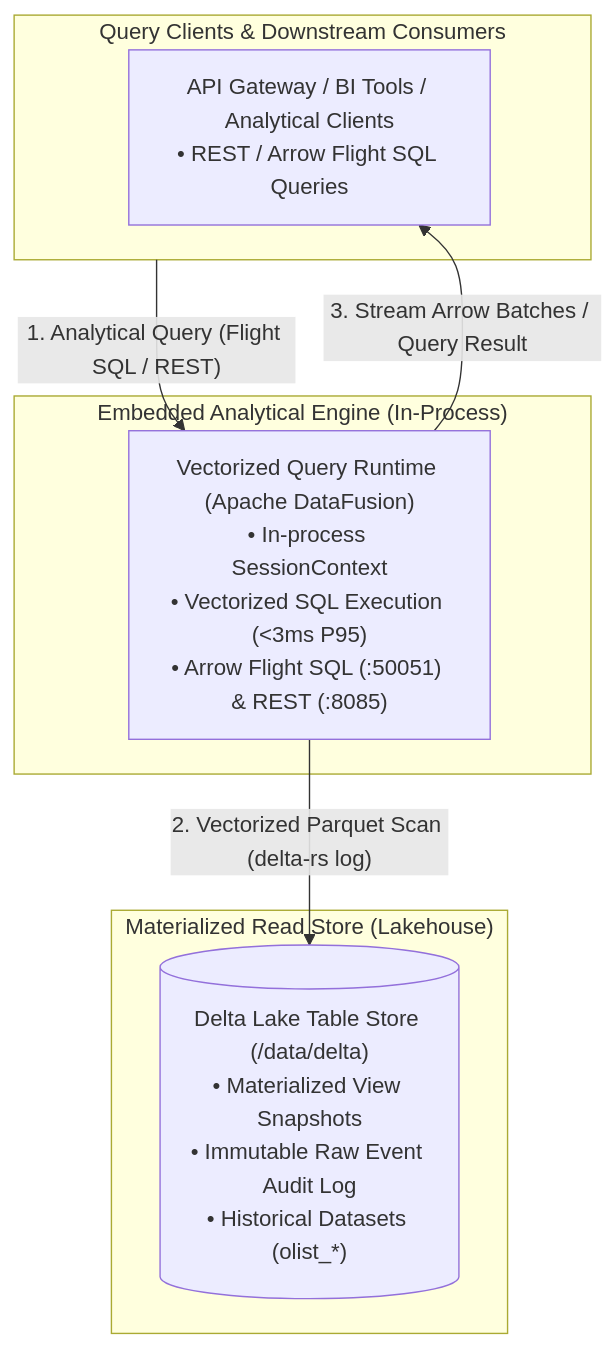
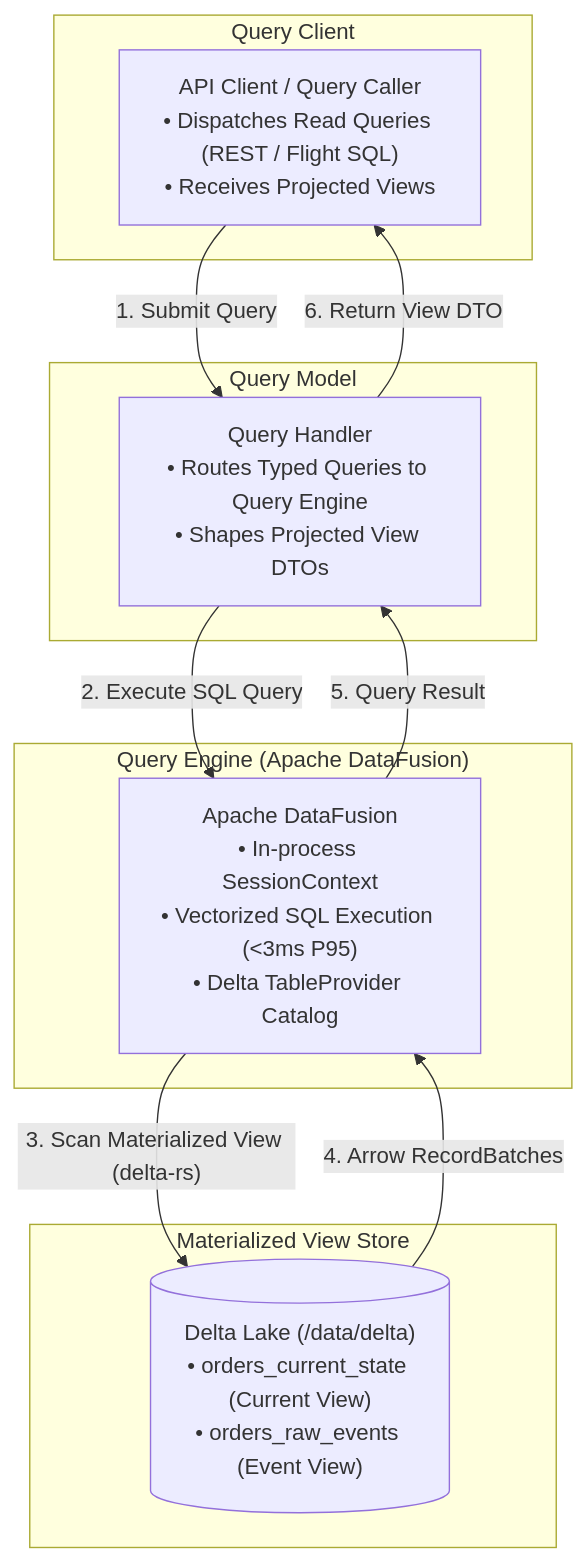
One commit to reidlai/ferrous-cqrses changed the second of 3 diagrams in README.md. Above: the diagram before and after it, drawn with Mermaid. The commit also changed other lines of this file and 4 other files, not shown here.

Commit message:
feat(epic-19): add canonical CQRS Query contracts and align Query Model docs

````diff
--- a/README.md
+++ b/README.md
@@ -129,18 +127,25 @@
 ```mermaid
 flowchart TD
-    subgraph Client_Read ["Query Clients & Downstream Consumers"]
-        ClientApp["API Gateway / BI Tools / Analytical Clients<br/>• REST / Arrow Flight SQL Queries"]
+    subgraph Client_Read ["Query Client"]
+        ClientApp["API Client / Query Caller<br/>• Dispatches Read Queries (REST / Flight SQL)<br/>• Receives Projected Views"]
     end
 
-    subgraph Query_Engine_Tier ["Embedded Analytical Engine (In-Process)"]
-        DataFusion["Vectorized Query Runtime (Apache DataFusion)<br/>• In-process SessionContext<br/>• Vectorized SQL Execution (<3ms P95)<br/>• Arrow Flight SQL (:50051) & REST (:8085)"]
+    subgraph Query_Tier ["Query Model"]
+        QueryHandler["Query Handler<br/>• Routes Typed Queries to Query Engine<br/>• Shapes Projected View DTOs"]
     end
 
-    subgraph Storage_Tier ["Materialized Read Store (Lakehouse)"]
-        DeltaLake[("Delta Lake Table Store (/data/delta)<br/>• Materialized View Snapshots<br/>• Immutable Raw Event Audit Log<br/>• Historical Datasets (olist_*)")]
+    subgraph Query_Engine_Tier ["Query Engine (Apache DataFusion)"]
+        DataFusion["Apache DataFusion<br/>• In-process SessionContext<br/>• Vectorized SQL Execution (<3ms P95)<br/>• Delta TableProvider Catalog"]
     end
 
-    Client_Read -->|"1. Analytical Query (Flight SQL / REST)"| DataFusion
-    DataFusion -->|"2. Vectorized Parquet Scan (delta-rs log)"| DeltaLake
-    DataFusion -->|"3. Stream Arrow Batches / Query Result"| ClientApp
+    subgraph Storage_Tier ["Materialized View Store"]
+        DeltaLake[("Delta Lake (/data/delta)<br/>• orders_current_state (Current View)<br/>• orders_raw_events (Event View)")]
+    end
+
+    ClientApp -->|"1. Submit Query"| QueryHandler
+    QueryHandler -->|"2. Execute SQL Query"| DataFusion
+    DataFusion -->|"3. Scan Materialized View (delta-rs)"| DeltaLake
+    DeltaLake -->|"4. Arrow RecordBatches"| DataFusion
+    DataFusion -->|"5. Query Result"| QueryHandler
+    QueryHandler -->|"6. Return View DTO"| ClientApp
 ```
````
